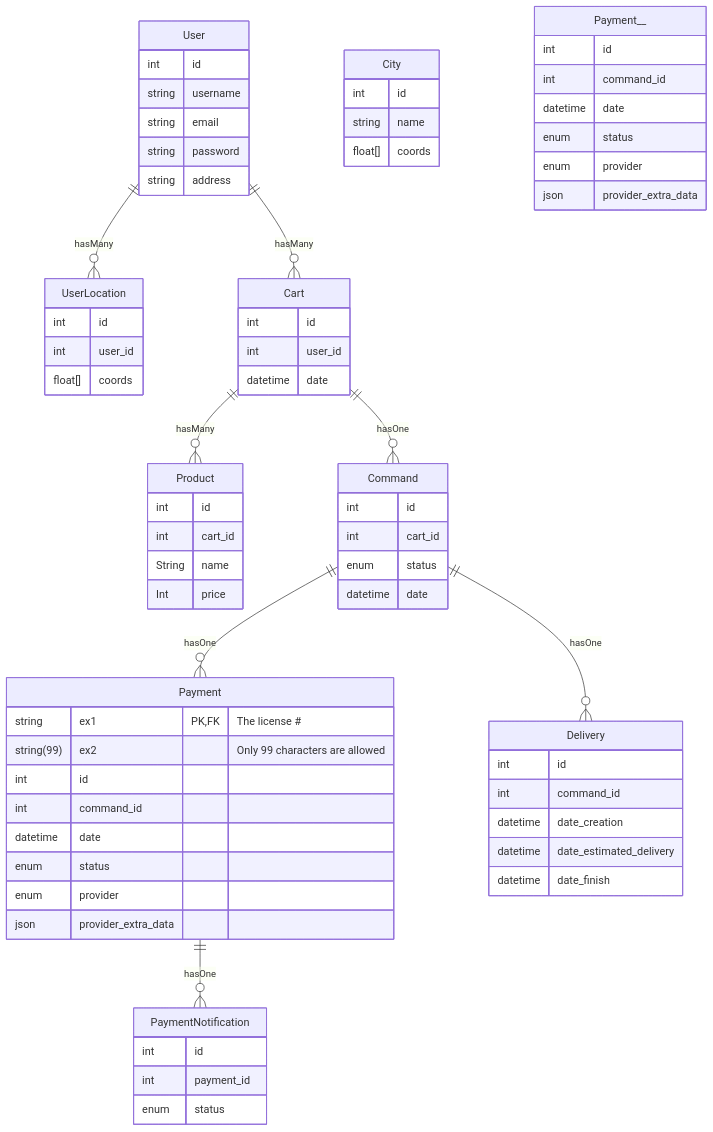
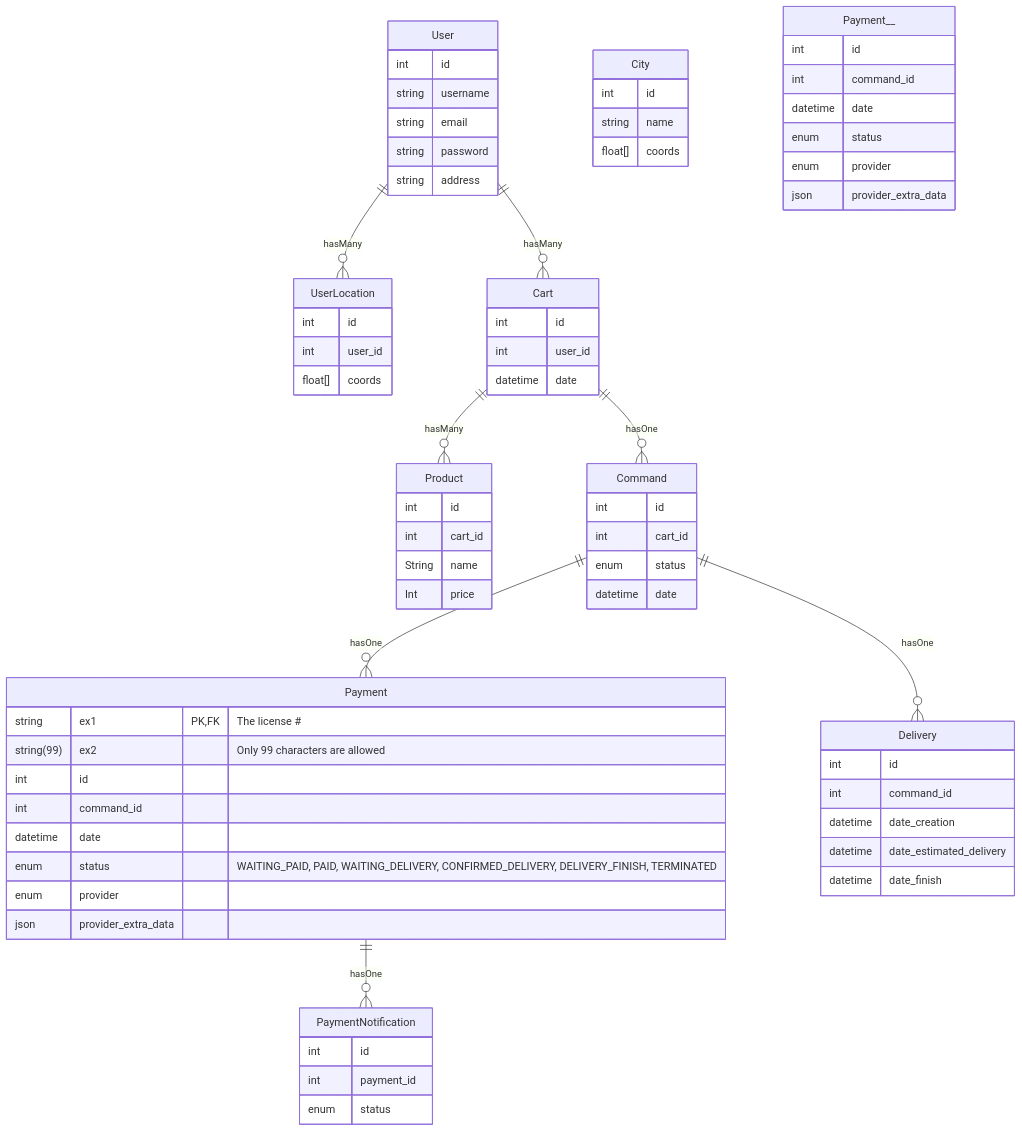
One commit to joussin/api_allopico_old changed the first of 6 diagrams in readme.md. Above: the diagram before and after it, drawn with Mermaid.

```diff
--- a/readme.md
+++ b/readme.md
@@ -112,7 +112,7 @@
             int id
 	     int command_id  
 		 datetime date
-		 enum status
+		 enum status "WAITING_PAID, PAID, WAITING_DELIVERY, CONFIRMED_DELIVERY, DELIVERY_FINISH, TERMINATED"
 		 enum provider   
 		 json provider_extra_data
     }
```
